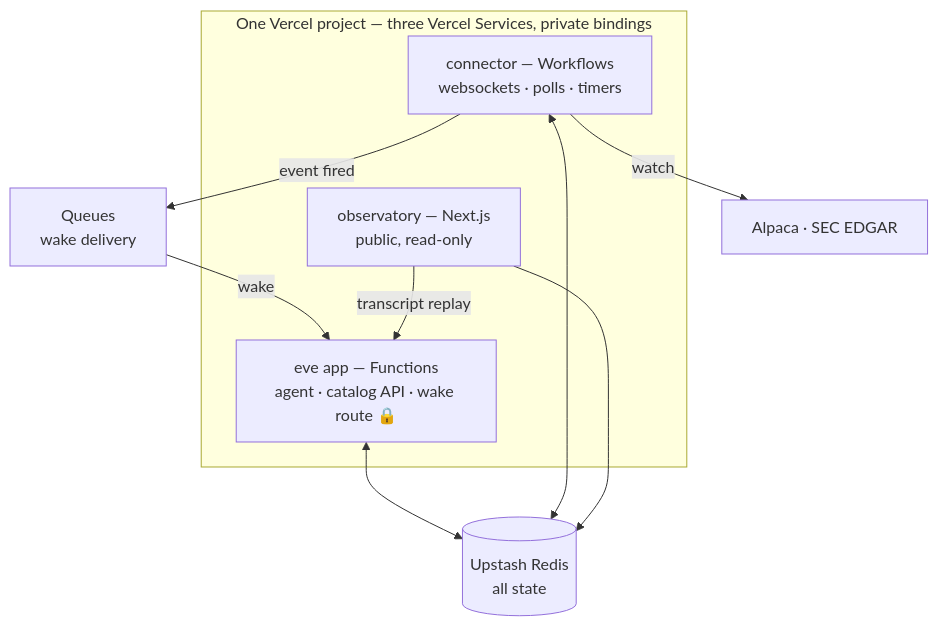
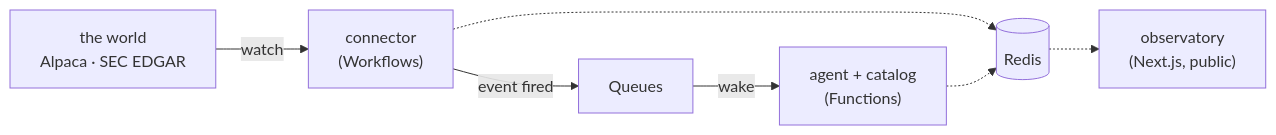
Before and after one commit to pcomans/eve-event-catalog: the second of 2 diagrams in README.md, drawn with Mermaid.

Commit message:
README: deployment diagram — just the pipeline
world → connector → Queues → agent, Redis feeding the observatory. The
primitive-per-part detail lives in the table above it.

````diff
--- a/README.md
+++ b/README.md
@@ -328,18 +328,9 @@
 ```mermaid
-flowchart TB
-    subgraph project["One Vercel project — three Vercel Services, private bindings"]
-        EVE["eve app — Functions<br/>agent · catalog API · wake route 🔒"]
-        CONN["connector — Workflows<br/>websockets · polls · timers"]
-        OBS["observatory — Next.js<br/>public, read-only"]
-    end
-    Q["Queues<br/>wake delivery"]
-    R[("Upstash Redis<br/>all state")]
-    W["Alpaca · SEC EDGAR"]
-    CONN -->|"watch"| W
-    CONN -->|"event fired"| Q
-    Q -->|"wake"| EVE
-    EVE <--> R
-    CONN <--> R
-    OBS --> R
-    OBS -->|"transcript replay"| EVE
+flowchart LR
+    W["the world<br/>Alpaca · SEC EDGAR"] -->|"watch"| CONN["connector<br/>(Workflows)"]
+    CONN -->|"event fired"| Q["Queues"]
+    Q -->|"wake"| EVE["agent + catalog<br/>(Functions)"]
+    CONN -.-> R[("Redis")]
+    EVE -.-> R
+    R -.-> OBS["observatory<br/>(Next.js, public)"]
 ```
````
